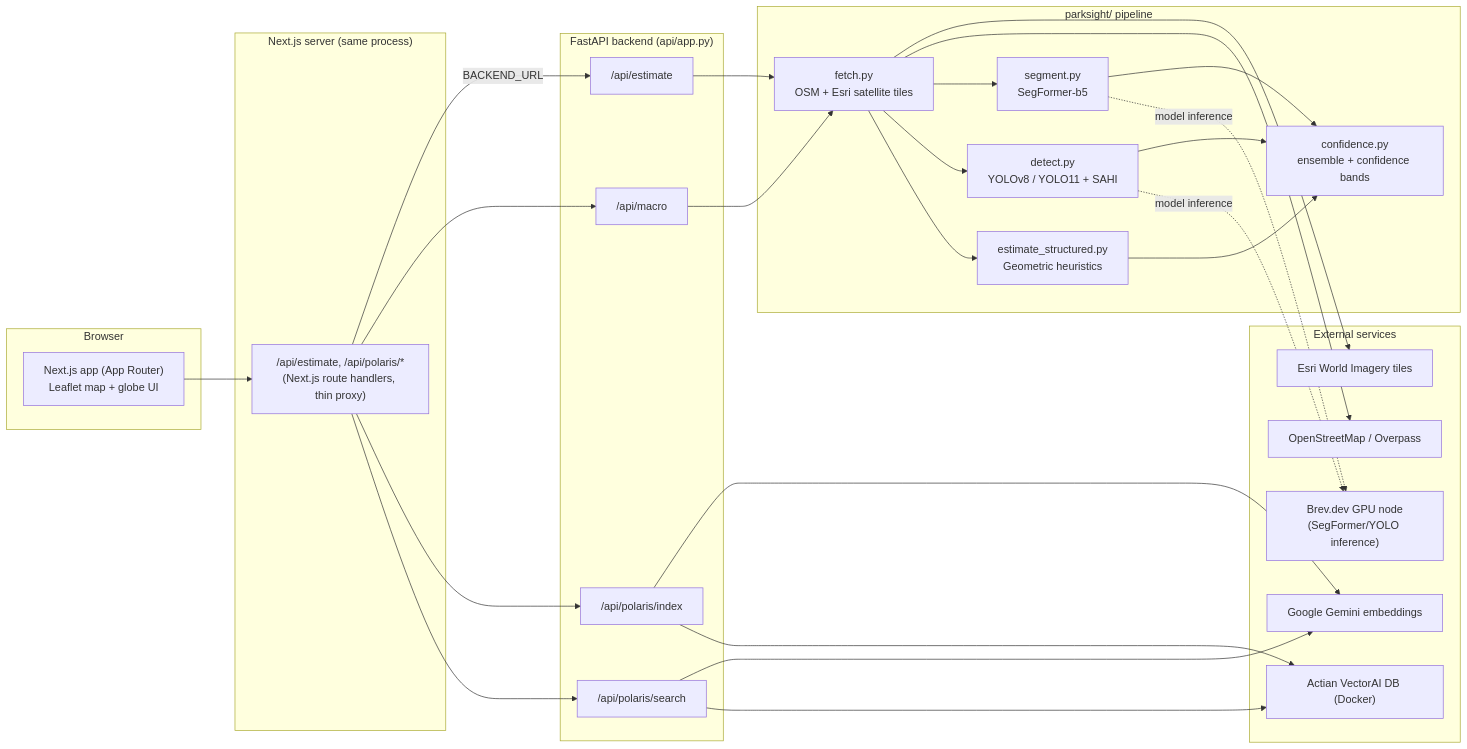
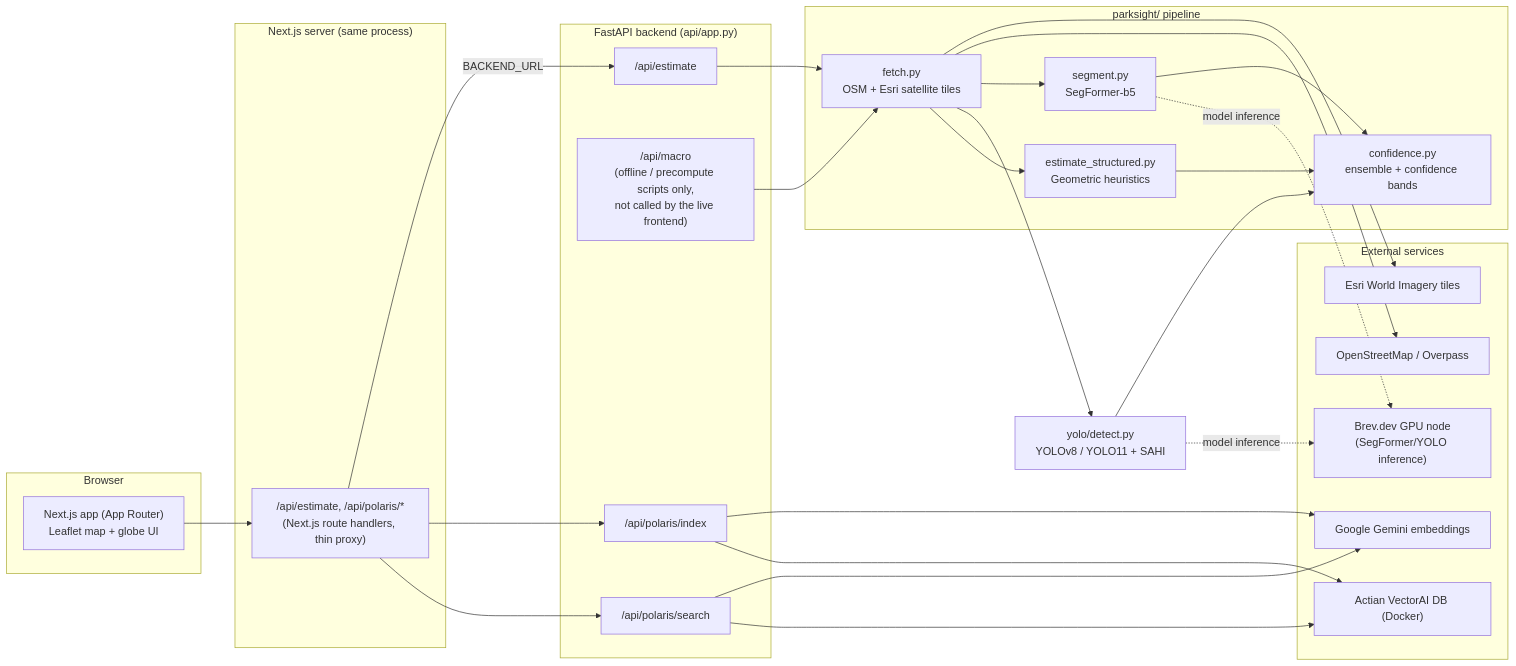
One commit to V-prajit/Polaris changed the first of 2 diagrams in README.md. Above: the diagram before and after it, drawn with Mermaid. The commit also changed other lines of this file, not shown here.

First line of the commit message:
docs: fix detect.py diagram node, SAHI config framing, macro edge, vehicle-model attribution

````diff
--- a/README.md
+++ b/README.md
@@ -52,57 +52,57 @@
 ```mermaid
 flowchart LR
     subgraph Client["Browser"]
         UI["Next.js app (App Router)\nLeaflet map + globe UI"]
     end
 
     subgraph Frontend["Next.js server (same process)"]
         Routes["/api/estimate, /api/polaris/*\n(Next.js route handlers, thin proxy)"]
     end
 
     subgraph Backend["FastAPI backend (api/app.py)"]
         Estimate["/api/estimate"]
-        Macro["/api/macro"]
+        Macro["/api/macro\n(offline / precompute scripts only,\nnot called by the live frontend)"]
         Index["/api/polaris/index"]
         Search["/api/polaris/search"]
     end
 
     subgraph Pipeline["parksight/ pipeline"]
         Fetch["fetch.py\nOSM + Esri satellite tiles"]
         Seg["segment.py\nSegFormer-b5"]
-        Det["detect.py\nYOLOv8 / YOLO11 + SAHI"]
         Geo["estimate_structured.py\nGeometric heuristics"]
         Conf["confidence.py\nensemble + confidence bands"]
     end
+
+    Det["yolo/detect.py\nYOLOv8 / YOLO11 + SAHI"]
 
     subgraph External["External services"]
         Esri["Esri World Imagery tiles"]
         OSM["OpenStreetMap / Overpass"]
         Gemini["Google Gemini embeddings"]
         VectorDB["Actian VectorAI DB (Docker)"]
         GPU["Brev.dev GPU node\n(SegFormer/YOLO inference)"]
     end
 
     UI --> Routes
     Routes -->|"BACKEND_URL"| Estimate
-    Routes --> Macro
     Routes --> Index
     Routes --> Search
 
     Estimate --> Fetch
     Macro --> Fetch
     Fetch --> Esri
     Fetch --> OSM
     Fetch --> Seg
     Fetch --> Det
     Fetch --> Geo
     Seg --> Conf
     Det --> Conf
     Geo --> Conf
     Seg -.->|"model inference"| GPU
     Det -.->|"model inference"| GPU
 
     Index --> Gemini
     Index --> VectorDB
     Search --> Gemini
     Search --> VectorDB
 ```
````
